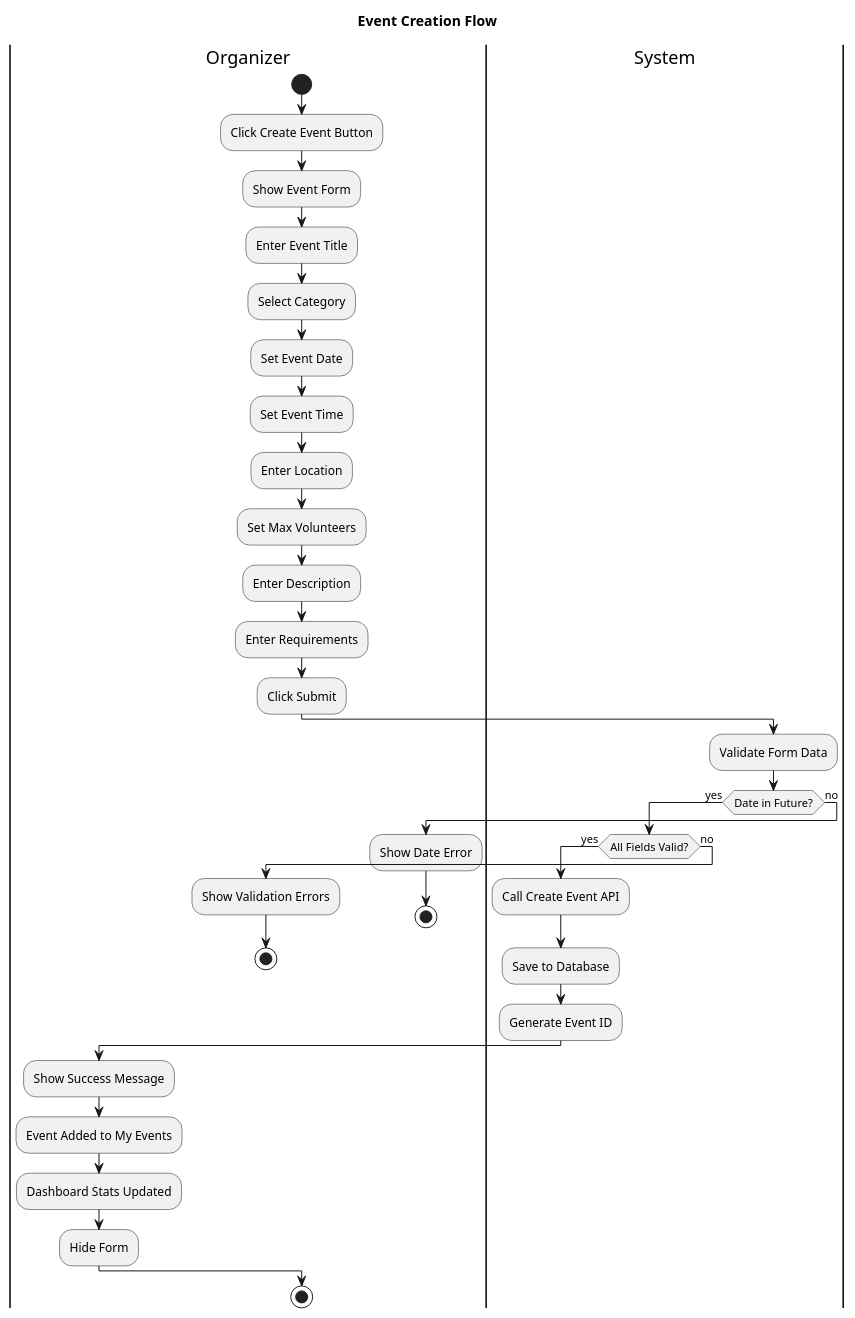
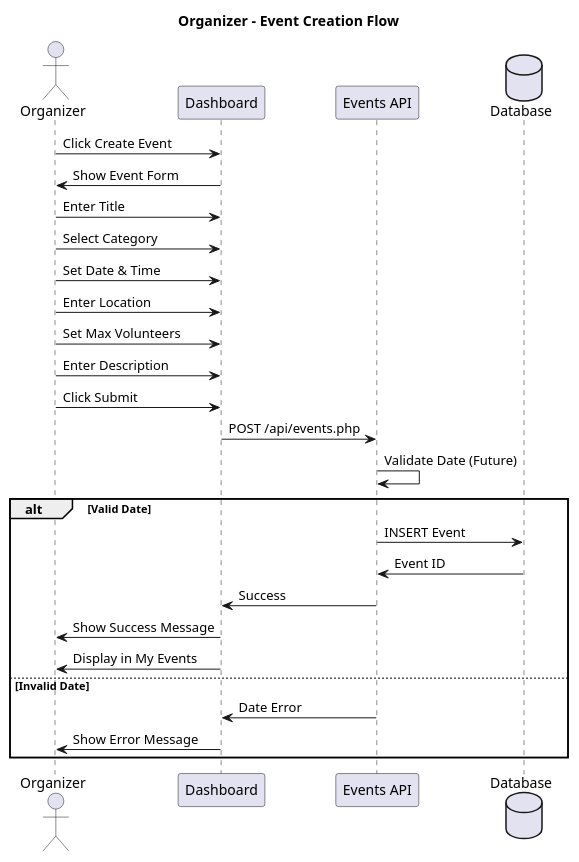
One commit to Llego-250/volunteerHub changed the third of 8 diagrams in flow_diagrams.puml. Above: the diagram before and after it, drawn with PlantUML. The commit also changed other lines of this file, not shown here.

Commit message:
flow diagram

```diff
--- a/flow_diagrams.puml
+++ b/flow_diagrams.puml
@@ -182,41 +86,34 @@
-@startuml EventCreationFlow
-title Event Creation Flow
+@startuml
+title Organizer - Event Creation Flow
 
-|Organizer|
-start
-:Click Create Event Button;
-:Show Event Form;
-:Enter Event Title;
-:Select Category;
-:Set Event Date;
-:Set Event Time;
-:Enter Location;
-:Set Max Volunteers;
-:Enter Description;
-:Enter Requirements;
-:Click Submit;
+actor Organizer
+participant "Dashboard" as OD
+participant "Events API" as API
+database "Database" as DB
 
-|System|
-:Validate Form Data;
+Organizer -> OD: Click Create Event
+OD -> Organizer: Show Event Form
 
-if (Date in Future?) then (yes)
-  if (All Fields Valid?) then (yes)
-    :Call Create Event API;
-    :Save to Database;
-    :Generate Event ID;
-    |Organizer|
-    :Show Success Message;
-    :Event Added to My Events;
-    :Dashboard Stats Updated;
-    :Hide Form;
-  else (no)
-    :Show Validation Errors;
-    stop
-  endif
-else (no)
-  :Show Date Error;
-  stop
-endif
+Organizer -> OD: Enter Title
+Organizer -> OD: Select Category
+Organizer -> OD: Set Date & Time
+Organizer -> OD: Enter Location
+Organizer -> OD: Set Max Volunteers
+Organizer -> OD: Enter Description
+Organizer -> OD: Click Submit
 
-stop
+OD -> API: POST /api/events.php
+API -> API: Validate Date (Future)
+
+alt Valid Date
+    API -> DB: INSERT Event
+    DB -> API: Event ID
+    API -> OD: Success
+    OD -> Organizer: Show Success Message
+    OD -> Organizer: Display in My Events
+else Invalid Date
+    API -> OD: Date Error
+    OD -> Organizer: Show Error Message
+end
+
 @enduml
```
